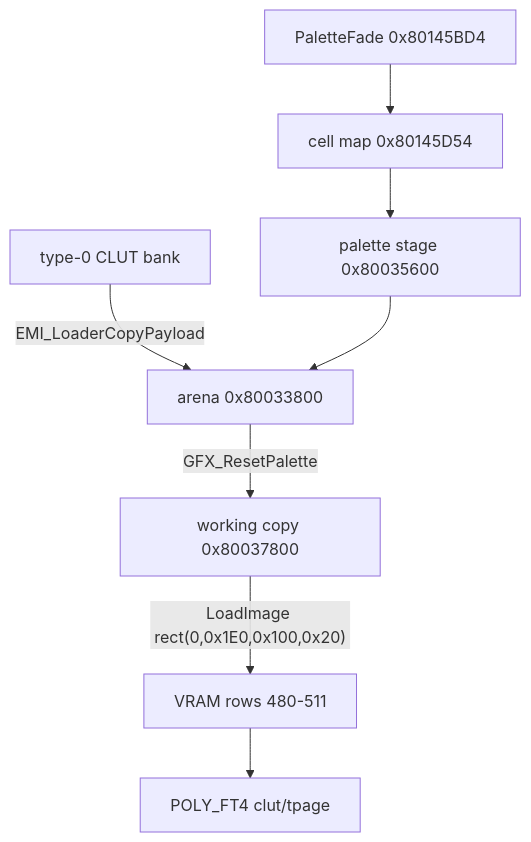
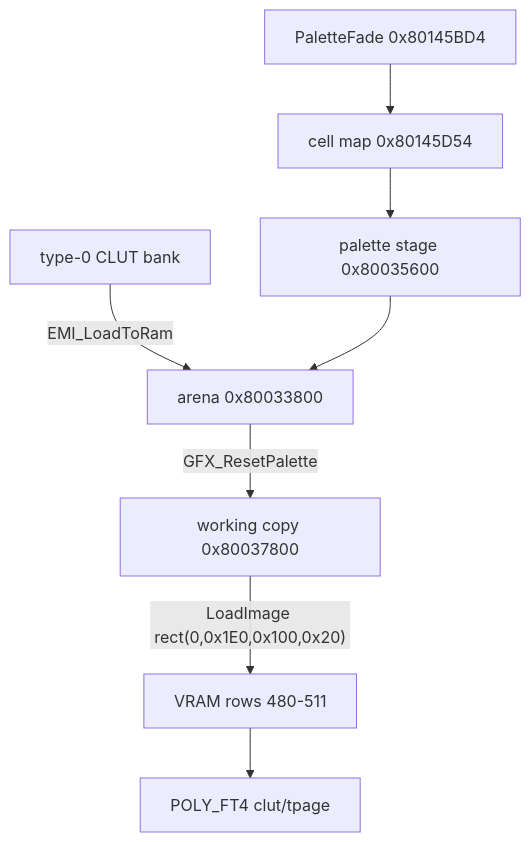
One commit to raulcorreia7/bof3-wiki changed the diagram in src/content/docs/formats/graphics.md. Above: the diagram before and after it, drawn with Mermaid. The commit also changed other lines of this file and 26 other files, not shown here.

````diff
--- a/src/content/docs/formats/graphics.md
+++ b/src/content/docs/formats/graphics.md
@@ -123,10 +123,10 @@
 ```mermaid
 flowchart TD
-    B["type-0 CLUT bank"] -->|"EMI_LoaderCopyPayload"| A["arena 0x80033800"]
+    B["type-0 CLUT bank"] -->|"EMI_LoadToRam"| A["arena 0x80033800"]
     A -->|"GFX_ResetPalette"| W["working copy 0x80037800"]
     W -->|"LoadImage rect(0,0x1E0,0x100,0x20)"| V["VRAM rows 480-511"]
     V --> P["POLY_FT4 clut/tpage"]
     F["PaletteFade 0x80145BD4"] --> C["cell map 0x80145D54"]
     C --> S["palette stage 0x80035600"]
     S --> A
 ```
````
